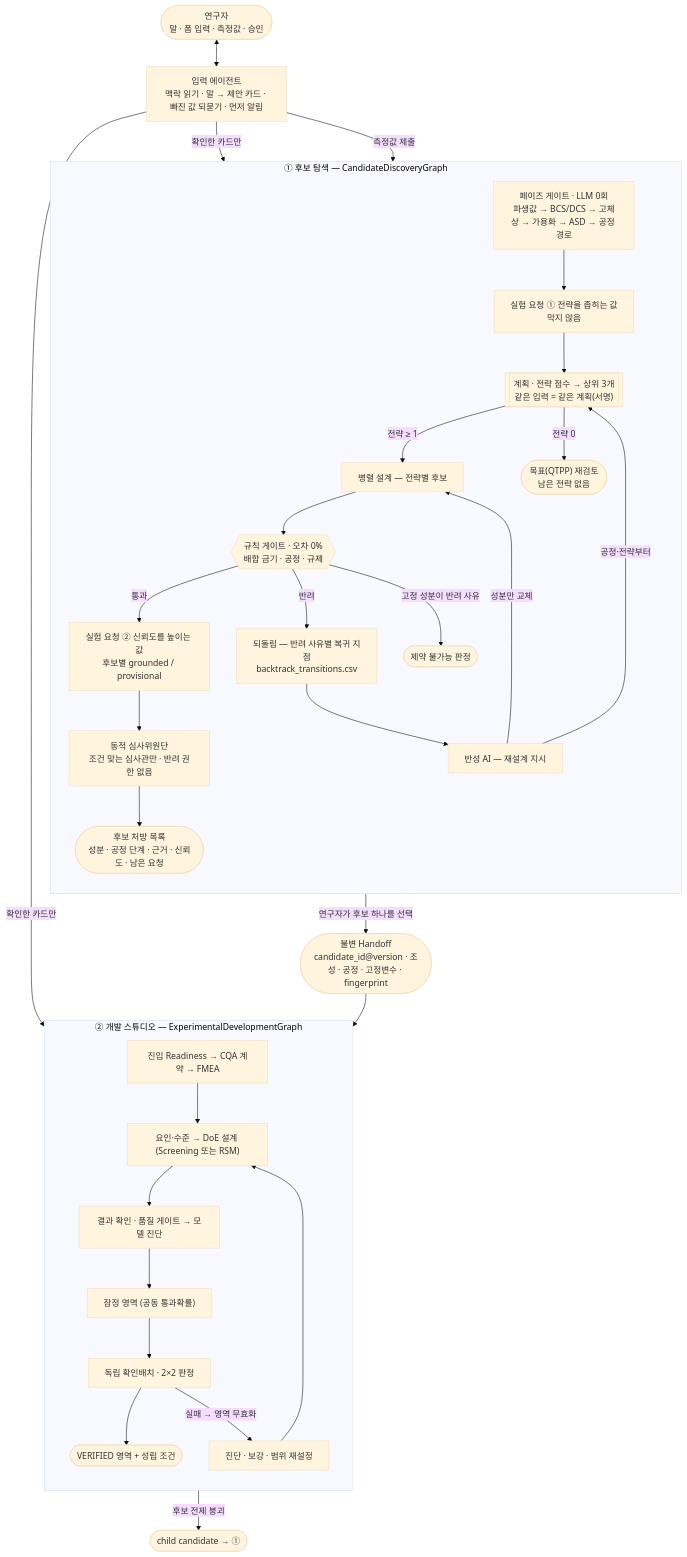
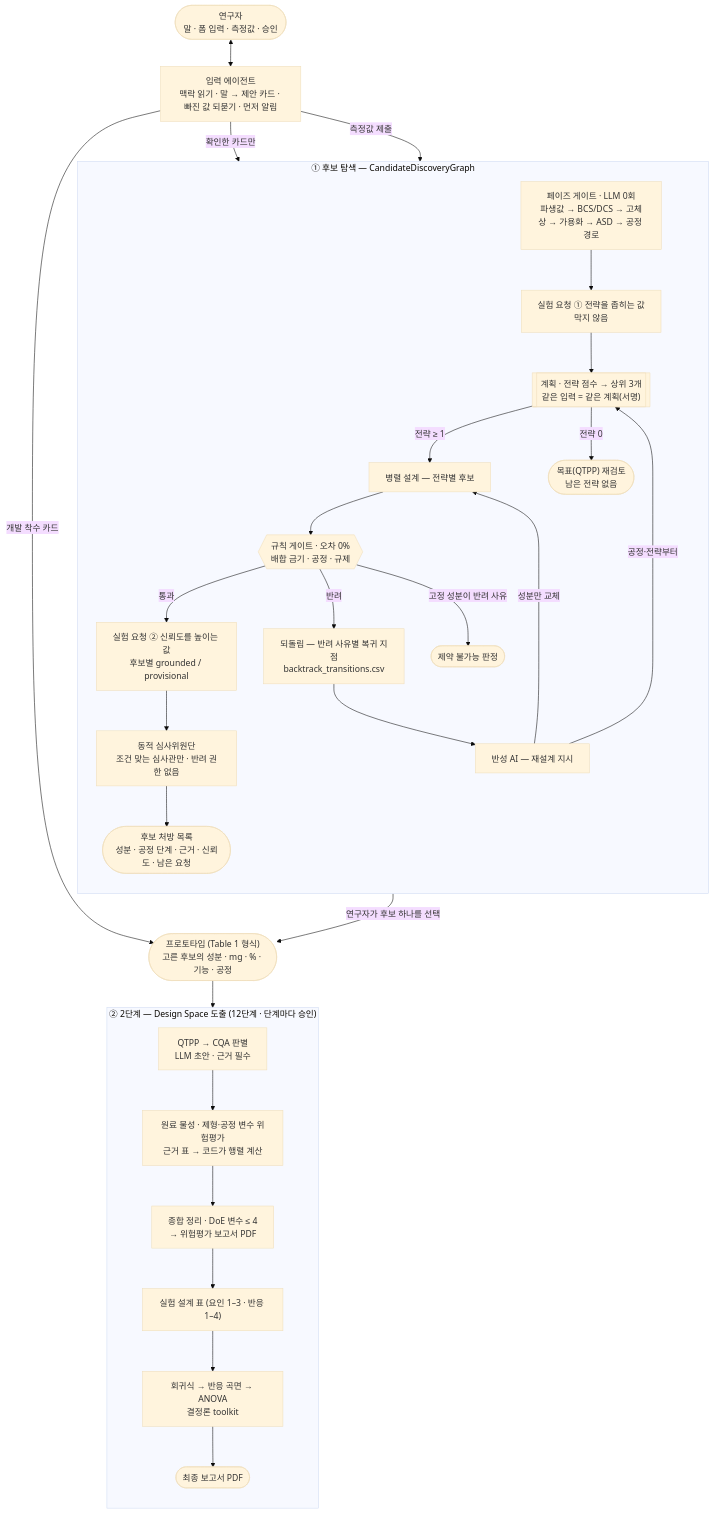
Before and after one commit to zihwaan/formula1-qbd: the diagram in README.md, drawn with Mermaid (base theme). The commit also changed other lines of this file and 13 other files, not shown here.

First line of the commit message:
문서·보고서(/pdf)를 2단계 기준으로 갱신

````diff
--- a/README.md
+++ b/README.md
@@ -91,50 +91,48 @@
 ```mermaid
 flowchart TB
     U(["연구자<br/>말 · 폼 입력 · 측정값 · 승인"])
     IA["입력 에이전트<br/>맥락 읽기 · 말 → 제안 카드 · 빠진 값 되묻기 · 먼저 알림"]
 
     subgraph D["① 후보 탐색 — CandidateDiscoveryGraph"]
         direction TB
         PG["페이즈 게이트 · LLM 0회<br/>파생값 → BCS/DCS → 고체상 → 가용화 → ASD → 공정 경로"]
         DN["실험 요청 ① 전략을 좁히는 값<br/>막지 않음"]
         PL[["계획 · 전략 점수 → 상위 3개<br/>같은 입력 = 같은 계획(서명)"]]
         G["병렬 설계 — 전략별 후보"]
         R{{"규칙 게이트 · 오차 0%<br/>배합 금기 · 공정 · 규제"}}
         DR["실험 요청 ② 신뢰도를 높이는 값<br/>후보별 grounded / provisional"]
         J["동적 심사위원단<br/>조건 맞는 심사관만 · 반려 권한 없음"]
         C(["후보 처방 목록<br/>성분 · 공정 단계 · 근거 · 신뢰도 · 남은 요청"])
         BT["되돌림 — 반려 사유별 복귀 지점<br/>backtrack_transitions.csv"]
         RF["반성 AI — 재설계 지시"]
         Q(["목표(QTPP) 재검토<br/>남은 전략 없음"])
         INF(["제약 불가능 판정"])
         PG --> DN --> PL
         PL -->|전략 ≥ 1| G --> R
         PL -->|전략 0| Q
         R -->|통과| DR --> J --> C
         R -->|반려| BT --> RF
         RF -->|성분만 교체| G
         RF -->|공정·전략부터| PL
         R -->|고정 성분이 반려 사유| INF
     end
 
-    H(["불변 Handoff<br/>candidate_id@version · 조성 · 공정 · 고정변수 · fingerprint"])
+    H(["프로토타입 (Table 1 형식)<br/>고른 후보의 성분 · mg · % · 기능 · 공정"])
 
-    subgraph E["② 개발 스튜디오 — ExperimentalDevelopmentGraph"]
+    subgraph E["② 2단계 — Design Space 도출 (12단계 · 단계마다 승인)"]
         direction TB
-        E1["진입 Readiness → CQA 계약 → FMEA"]
-        E2["요인·수준 → DoE 설계 (Screening 또는 RSM)"]
-        E3["결과 확인 · 품질 게이트 → 모델 진단"]
-        E4["잠정 영역 (공동 통과확률)"]
-        E5["독립 확인배치 · 2×2 판정"]
-        V(["VERIFIED 영역 + 성립 조건"])
+        E1["QTPP → CQA 판별<br/>LLM 초안 · 근거 필수"]
+        E2["원료 물성 · 제형·공정 변수 위험평가<br/>근거 표 → 코드가 행렬 계산"]
+        E3["종합 정리 · DoE 변수 ≤ 4<br/>→ 위험평가 보고서 PDF"]
+        E4["실험 설계 표 (요인 1–3 · 반응 1–4)"]
+        E5["회귀식 → 반응 곡면 → ANOVA<br/>결정론 toolkit"]
+        V(["최종 보고서 PDF"])
         E1 --> E2 --> E3 --> E4 --> E5 --> V
-        E5 -->|실패 → 영역 무효화| E6["진단 · 보강 · 범위 재설정"] --> E2
     end
 
     U <--> IA
     IA -->|확인한 카드만| PG
     IA -->|측정값 제출| DR
-    IA -->|확인한 카드만| E1
+    IA -->|개발 착수 카드| H
     C -->|연구자가 후보 하나를 선택| H --> E1
-    E6 -->|후보 전제 붕괴| CH(["child candidate → ①"])
 ```
````
